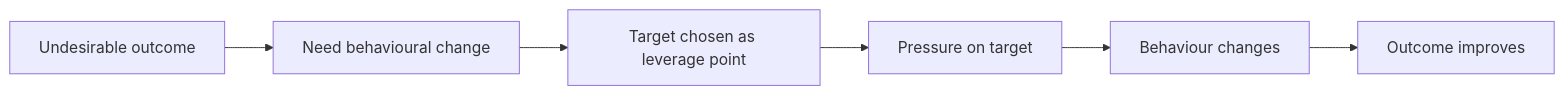
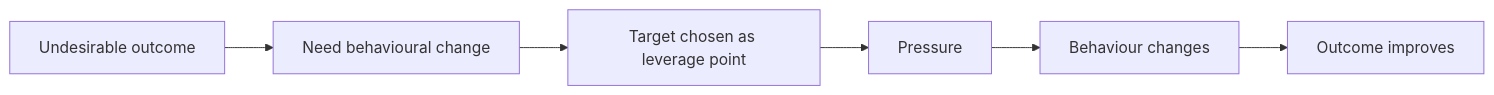
Before and after one commit to josefsbreakfast/Polaris-Protocol: the eighth of 12 diagrams in 🌑_1_Origin_Points/🪿_Embodied_Information_Ecology/♻️_Cybernetics/🌀_absorption_and_selective_sacrifice.md, drawn with Mermaid. The commit also changed other lines of this file, not shown here.

````diff
--- a/🌑_1_Origin_Points/🪿_Embodied_Information_Ecology/♻️_Cybernetics/🌀_absorption_and_selective_sacrifice.md
+++ b/🌑_1_Origin_Points/🪿_Embodied_Information_Ecology/♻️_Cybernetics/🌀_absorption_and_selective_sacrifice.md
@@ -358,9 +348,9 @@
 ```mermaid
 flowchart LR
     A[Undesirable outcome]
     --> B[Need behavioural change]
     --> C[Target chosen as leverage point]
-    --> D[Pressure on target]
+    --> D[Pressure]
     --> E[Behaviour changes]
     --> F[Outcome improves]
 ```
````
